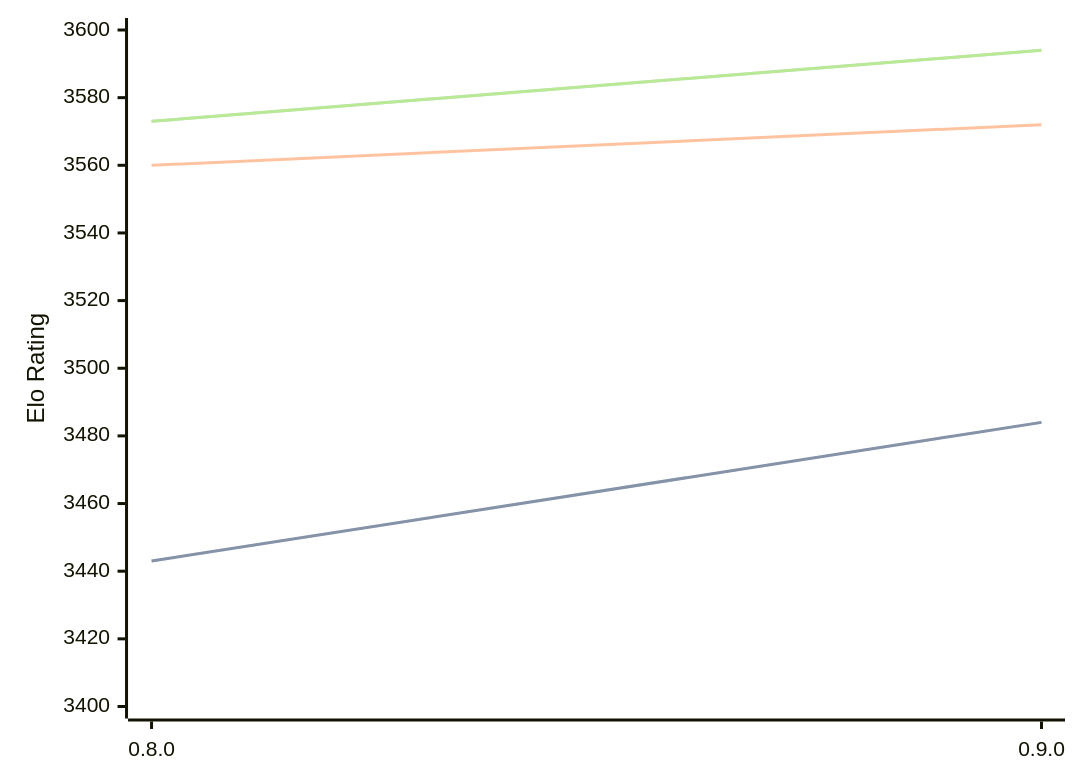
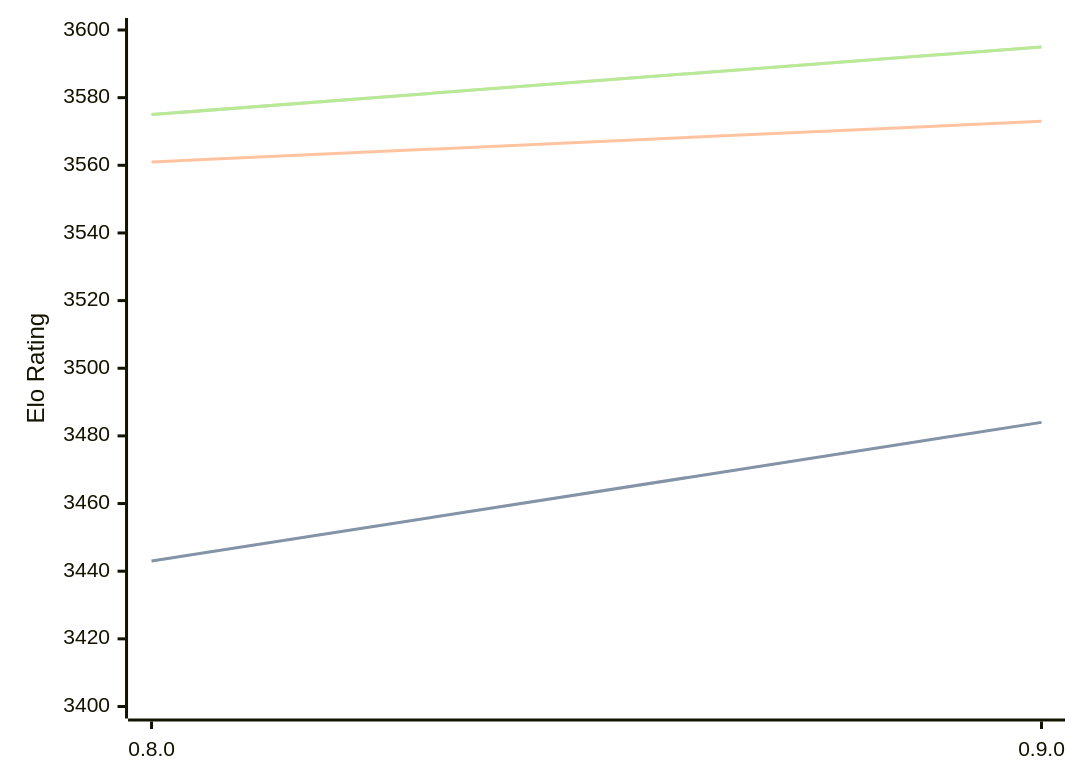
The diagram in engines/Reckless.md (computer-chess-index/cci), drawn with Mermaid before and after one commit. The commit also changed other lines of this file, not shown here.

Commit message:
Update CCI Ratings (ELO VLTC) - 2026-08-29

````diff
--- a/engines/Reckless.md
+++ b/engines/Reckless.md
@@ -32,11 +32,11 @@
 ```mermaid
 %%{init: {"theme":"base","themeVariables":{"seriesColors:['#a3a3a3','#222221','#faa371']}}}%%
 xychart-beta
   x-axis ["0.8.0", "0.9.0"]
   y-axis "Elo Rating" 3400 --> 3600
   line "" [3443, 3484]
   line "STC (8.0+0.08s)" [3443, 3484]
-  line "LTC (60.0+0.60s)" [3560, 3572]
-  line "" [3573, 3594]
-  line "VLTC (2m24s+1.12s)" [3573, 3594]
+  line "LTC (60.0+0.60s)" [3561, 3573]
+  line "" [3575, 3595]
+  line "VLTC (2m24s+1.12s)" [3575, 3595]
 ```
````
